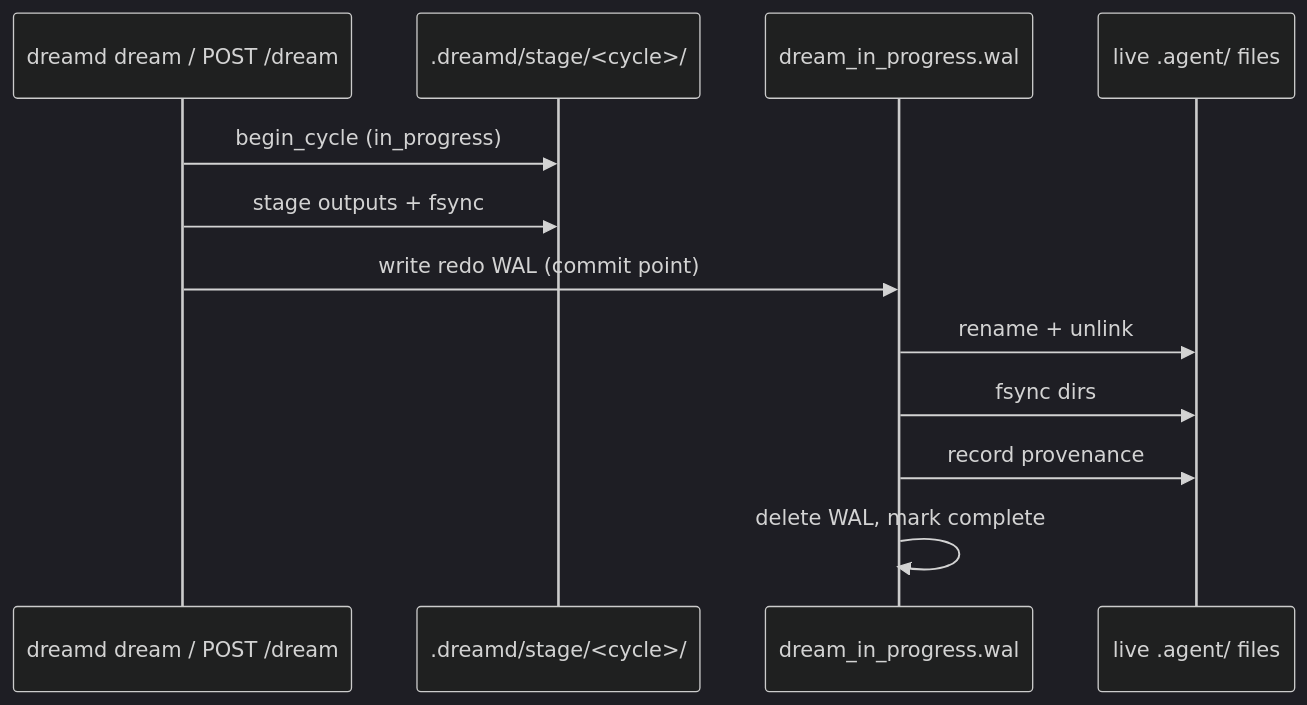
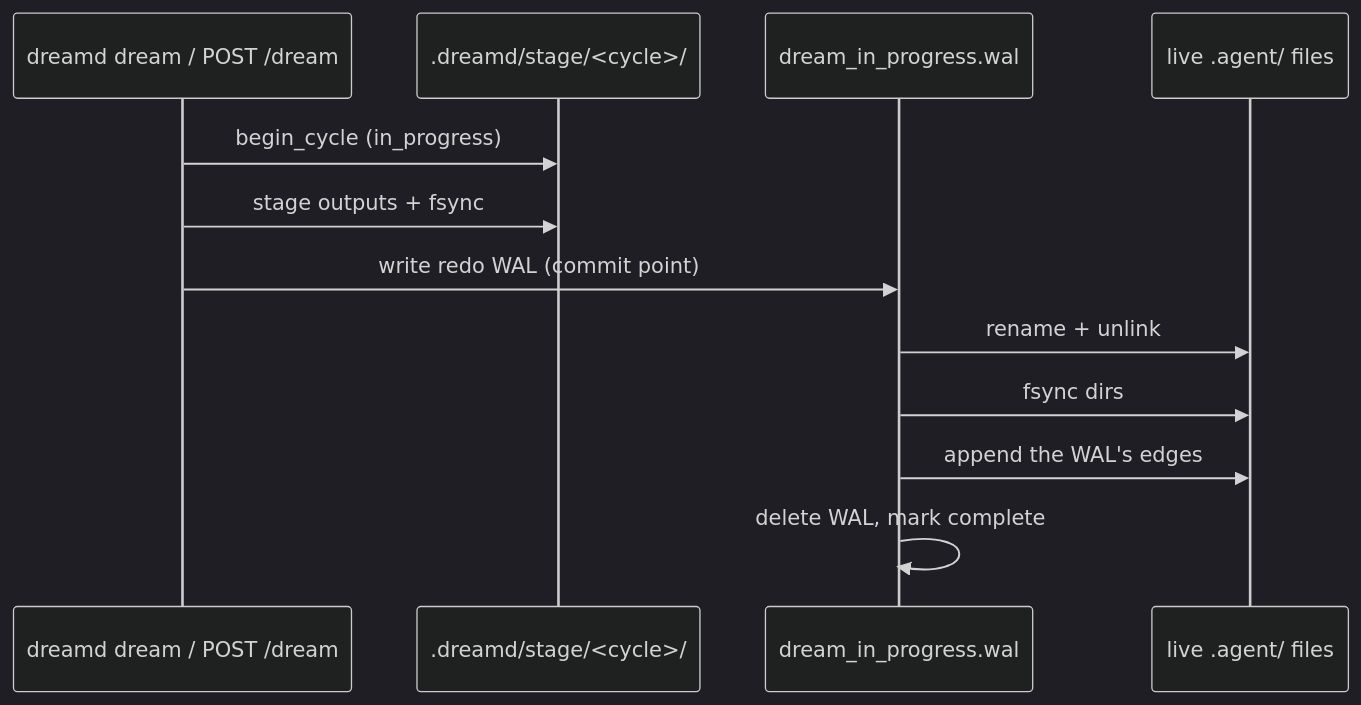
Before and after one commit to botzrDev/dreamd: the fourth of 4 diagrams in ARCHITECTURE.md, drawn with Mermaid (dark theme). The commit also changed other lines of this file and 24 other files, not shown here.

````diff
--- a/ARCHITECTURE.md
+++ b/ARCHITECTURE.md
@@ -163,15 +163,15 @@
 ```mermaid
 sequenceDiagram
     participant CLI as dreamd dream / POST /dream
     participant Stage as .dreamd/stage/<cycle>/
     participant WAL as dream_in_progress.wal
     participant FS as live .agent/ files
 
     CLI->>Stage: begin_cycle (in_progress)
     CLI->>Stage: stage outputs + fsync
     CLI->>WAL: write redo WAL (commit point)
     WAL->>FS: rename + unlink
     WAL->>FS: fsync dirs
-    WAL->>FS: record provenance
+    WAL->>FS: append the WAL's edges
     WAL->>WAL: delete WAL, mark complete
 ```
````
